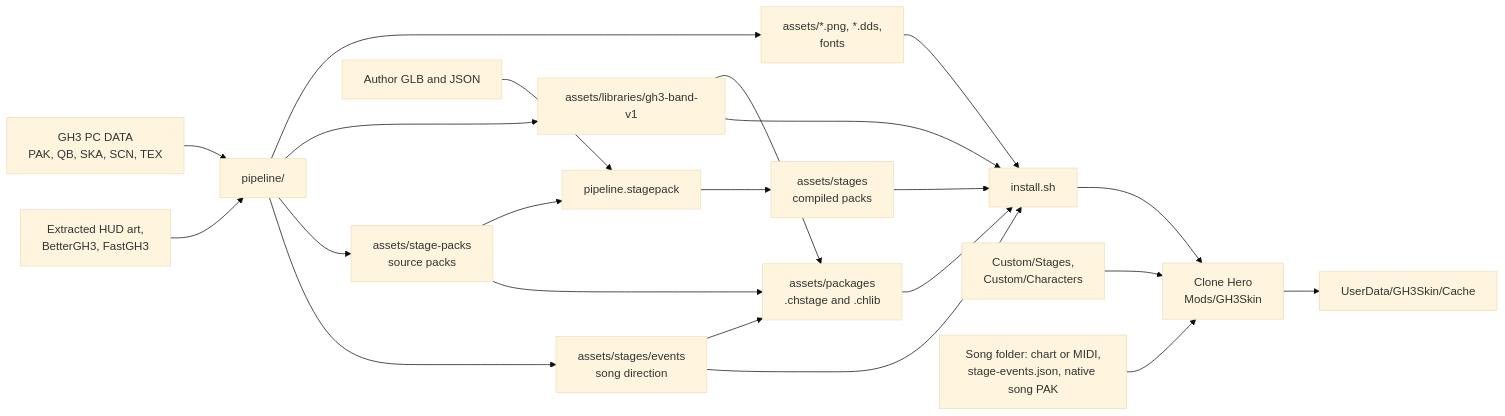
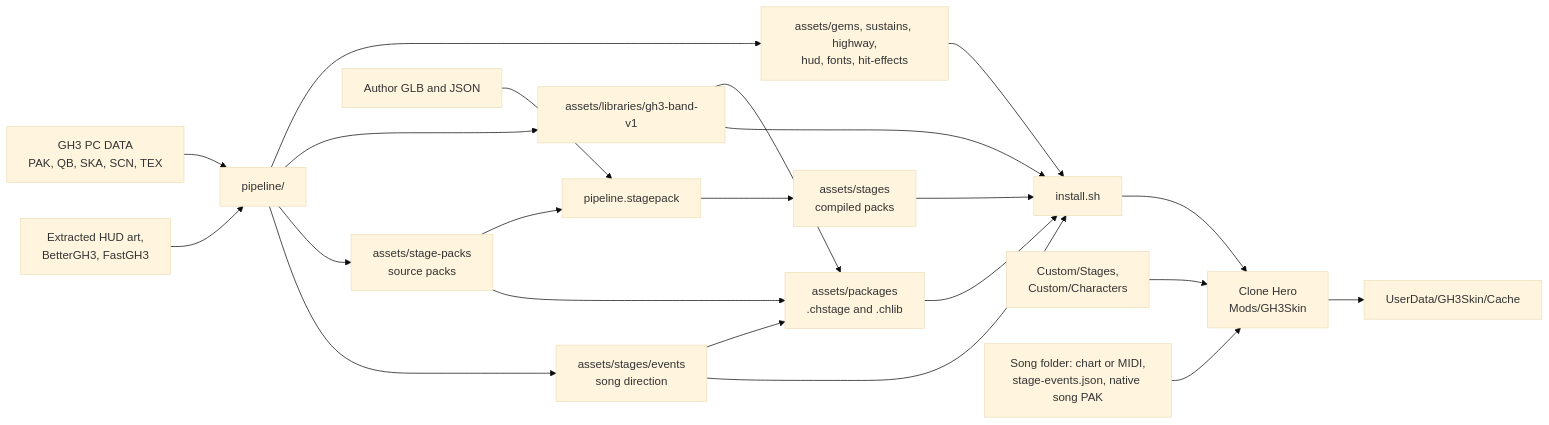
One commit to heditwo/gh3-clonehero-skin changed the first of 3 diagrams in docs/ARCHITECTURE.md. Above: the diagram before and after it, drawn with Mermaid (base theme). The commit also changed other lines of this file and 596 other files, not shown here.

````diff
--- a/docs/ARCHITECTURE.md
+++ b/docs/ARCHITECTURE.md
@@ -8,24 +8,24 @@
 ```mermaid
 flowchart LR
     GH3[GH3 PC DATA<br/>PAK, QB, SKA, SCN, TEX] --> Pipeline[pipeline/]
     Art[Extracted HUD art,<br/>BetterGH3, FastGH3] --> Pipeline
-    Pipeline --> HudAssets[assets/*.png, *.dds,<br/>fonts]
+    Pipeline --> HudAssets[assets/gems, sustains, highway,<br/>hud, fonts, hit-effects]
     Pipeline --> Library[assets/libraries/gh3-band-v1]
     Pipeline --> Packs[assets/stage-packs<br/>source packs]
     Packs --> Compiler[pipeline.stagepack]
     Author[Author GLB and JSON] --> Compiler
     Compiler --> Stages[assets/stages<br/>compiled packs]
     Pipeline --> Events[assets/stages/events<br/>song direction]
     Packs --> Packages[assets/packages<br/>.chstage and .chlib]
     Library --> Packages
     Events --> Packages
     HudAssets --> Install[install.sh]
     Library --> Install
     Stages --> Install
     Events --> Install
     Packages --> Install
     Install --> Game[Clone Hero<br/>Mods/GH3Skin]
     Custom[Custom/Stages,<br/>Custom/Characters] --> Game
     Game --> Cache[UserData/GH3Skin/Cache]
     Chart[Song folder: chart or MIDI,<br/>stage-events.json, native song PAK] --> Game
 ```
````
